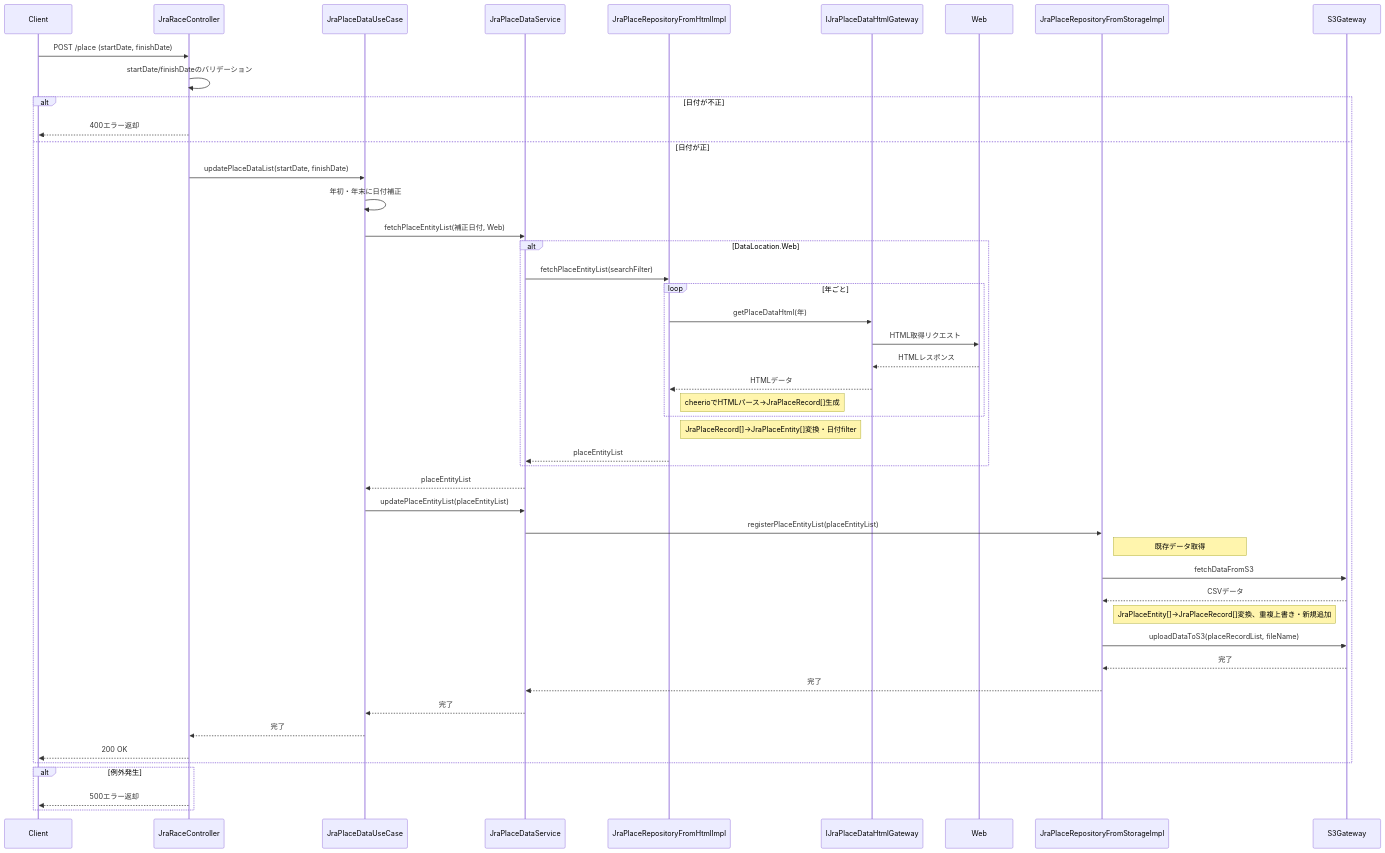
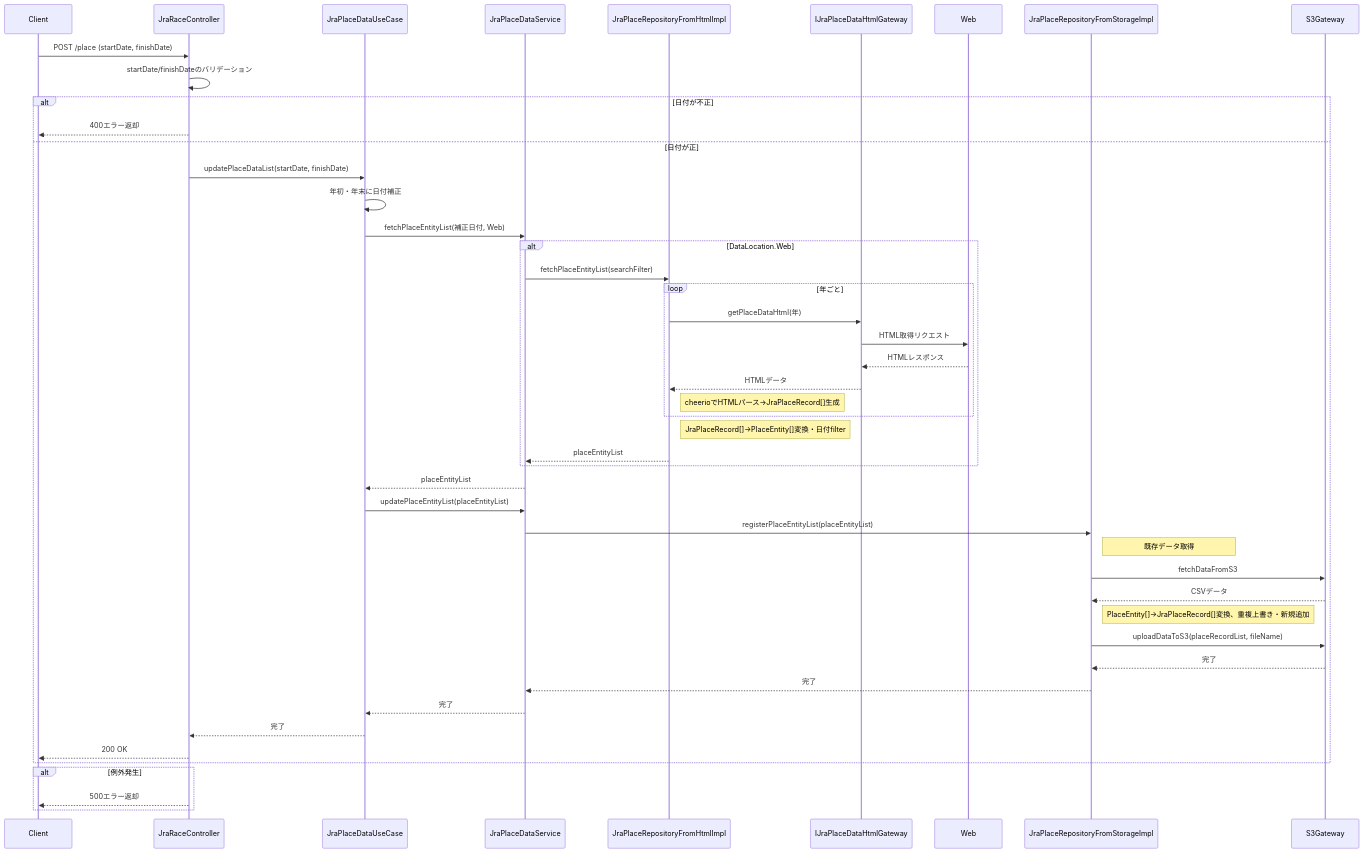
Before and after one commit to taichi6930/race-schedule-api: the diagram in document/detail-design/sequence/jra/updatePlaceDataList.md, drawn with Mermaid. The commit also changed 72 other files, not shown here.

````diff
--- a/document/detail-design/sequence/jra/updatePlaceDataList.md
+++ b/document/detail-design/sequence/jra/updatePlaceDataList.md
@@ -3,50 +3,50 @@
 ```mermaid
 sequenceDiagram
     participant Client
     participant JraRaceController
     participant JraPlaceDataUseCase
     participant JraPlaceDataService
     participant JraPlaceRepositoryFromHtmlImpl
     participant IJraPlaceDataHtmlGateway
     participant Web
     participant JraPlaceRepositoryFromStorageImpl
     participant S3Gateway
 
     Client->>JraRaceController: POST /place (startDate, finishDate)
     JraRaceController->>JraRaceController: startDate/finishDateのバリデーション
     alt 日付が不正
         JraRaceController-->>Client: 400エラー返却
     else 日付が正
         JraRaceController->>JraPlaceDataUseCase: updatePlaceDataList(startDate, finishDate)
         JraPlaceDataUseCase->>JraPlaceDataUseCase: 年初・年末に日付補正
         JraPlaceDataUseCase->>JraPlaceDataService: fetchPlaceEntityList(補正日付, Web)
         alt DataLocation.Web
             JraPlaceDataService->>JraPlaceRepositoryFromHtmlImpl: fetchPlaceEntityList(searchFilter)
             loop 年ごと
                 JraPlaceRepositoryFromHtmlImpl->>IJraPlaceDataHtmlGateway: getPlaceDataHtml(年)
                 IJraPlaceDataHtmlGateway->>Web: HTML取得リクエスト
                 Web-->>IJraPlaceDataHtmlGateway: HTMLレスポンス
                 IJraPlaceDataHtmlGateway-->>JraPlaceRepositoryFromHtmlImpl: HTMLデータ
                 note right of JraPlaceRepositoryFromHtmlImpl: cheerioでHTMLパース→JraPlaceRecord[]生成
             end
-            note right of JraPlaceRepositoryFromHtmlImpl: JraPlaceRecord[]→JraPlaceEntity[]変換・日付filter
+            note right of JraPlaceRepositoryFromHtmlImpl: JraPlaceRecord[]→PlaceEntity[]変換・日付filter
             JraPlaceRepositoryFromHtmlImpl-->>JraPlaceDataService: placeEntityList
         end
         JraPlaceDataService-->>JraPlaceDataUseCase: placeEntityList
         JraPlaceDataUseCase->>JraPlaceDataService: updatePlaceEntityList(placeEntityList)
         JraPlaceDataService->>JraPlaceRepositoryFromStorageImpl: registerPlaceEntityList(placeEntityList)
         note right of JraPlaceRepositoryFromStorageImpl: 既存データ取得
         JraPlaceRepositoryFromStorageImpl->>S3Gateway: fetchDataFromS3
         S3Gateway-->>JraPlaceRepositoryFromStorageImpl: CSVデータ
-        note right of JraPlaceRepositoryFromStorageImpl: JraPlaceEntity[]→JraPlaceRecord[]変換、重複上書き・新規追加
+        note right of JraPlaceRepositoryFromStorageImpl: PlaceEntity[]→JraPlaceRecord[]変換、重複上書き・新規追加
         JraPlaceRepositoryFromStorageImpl->>S3Gateway: uploadDataToS3(placeRecordList, fileName)
         S3Gateway-->>JraPlaceRepositoryFromStorageImpl: 完了
         JraPlaceRepositoryFromStorageImpl-->>JraPlaceDataService: 完了
         JraPlaceDataService-->>JraPlaceDataUseCase: 完了
         JraPlaceDataUseCase-->>JraRaceController: 完了
         JraRaceController-->>Client: 200 OK
     end
     alt 例外発生
         JraRaceController-->>Client: 500エラー返却
     end
 ```
````
